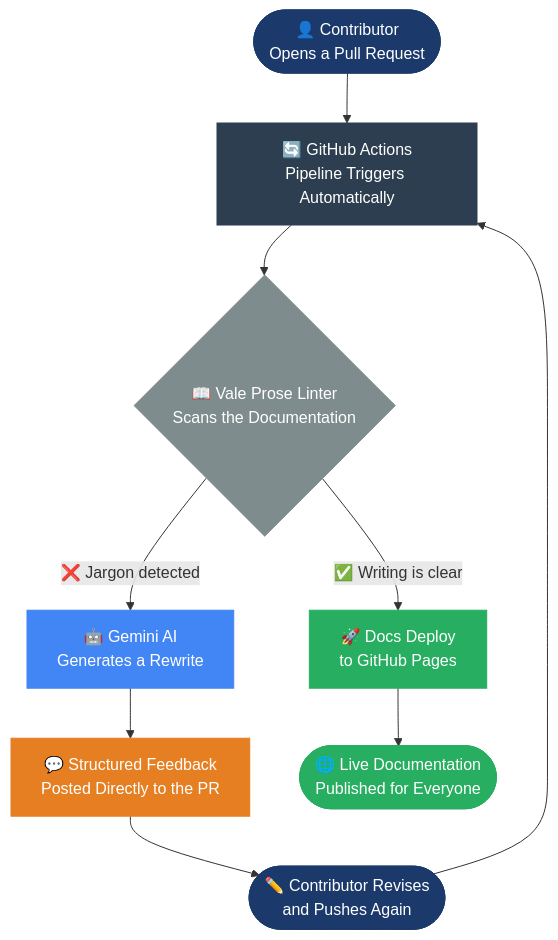
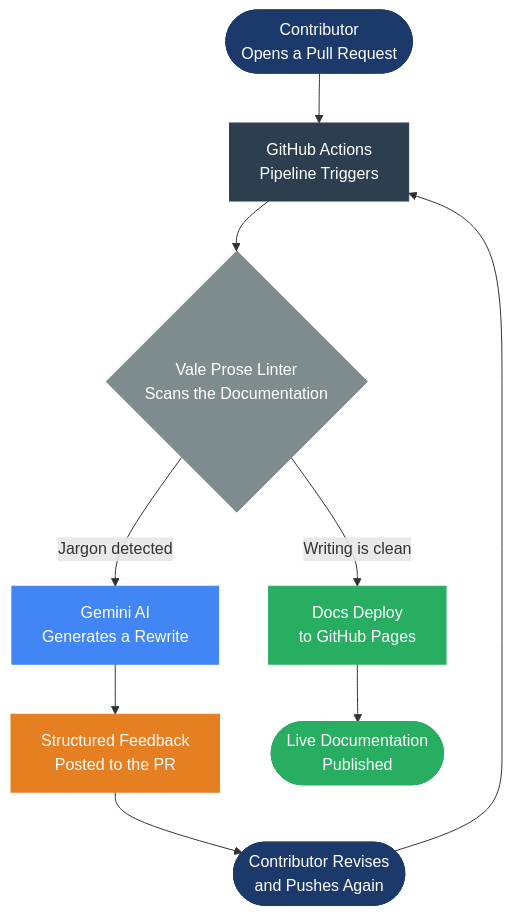
Before and after one commit to saisravan909/invisible-mentors: the diagram in README.md, drawn with Mermaid. The commit also changed other lines of this file, not shown here.

Commit message:
docs: rewrite README in plain human language — remove AI patterns

````diff
--- a/README.md
+++ b/README.md
@@ -50,20 +48,20 @@
 ```mermaid
 flowchart TD
-    A(["👤 Contributor\nOpens a Pull Request"]) --> B["🔄 GitHub Actions\nPipeline Triggers Automatically"]
-    B --> C{"📖 Vale Prose Linter\nScans the Documentation"}
-    C -- "✅ Writing is clear" --> D["🚀 Docs Deploy\nto GitHub Pages"]
-    C -- "❌ Jargon detected" --> E["🤖 Gemini AI\nGenerates a Rewrite"]
-    E --> F["💬 Structured Feedback\nPosted Directly to the PR"]
-    F --> G(["✏️ Contributor Revises\nand Pushes Again"])
+    A(["Contributor\nOpens a Pull Request"]) --> B["GitHub Actions\nPipeline Triggers"]
+    B --> C{"Vale Prose Linter\nScans the Documentation"}
+    C -- "Writing is clean" --> D["Docs Deploy\nto GitHub Pages"]
+    C -- "Jargon detected" --> E["Gemini AI\nGenerates a Rewrite"]
+    E --> F["Structured Feedback\nPosted to the PR"]
+    F --> G(["Contributor Revises\nand Pushes Again"])
     G --> B
-    D --> H(["🌐 Live Documentation\nPublished for Everyone"])
+    D --> H(["Live Documentation\nPublished"])
 
     style A fill:#1B3A6B,color:#ffffff,stroke:#1B3A6B
     style B fill:#2c3e50,color:#ffffff,stroke:#2c3e50
     style C fill:#7f8c8d,color:#ffffff,stroke:#7f8c8d
     style D fill:#27ae60,color:#ffffff,stroke:#27ae60
     style E fill:#4285F4,color:#ffffff,stroke:#4285F4
     style F fill:#e67e22,color:#ffffff,stroke:#e67e22
     style G fill:#1B3A6B,color:#ffffff,stroke:#1B3A6B
     style H fill:#27ae60,color:#ffffff,stroke:#27ae60
 ```
````
